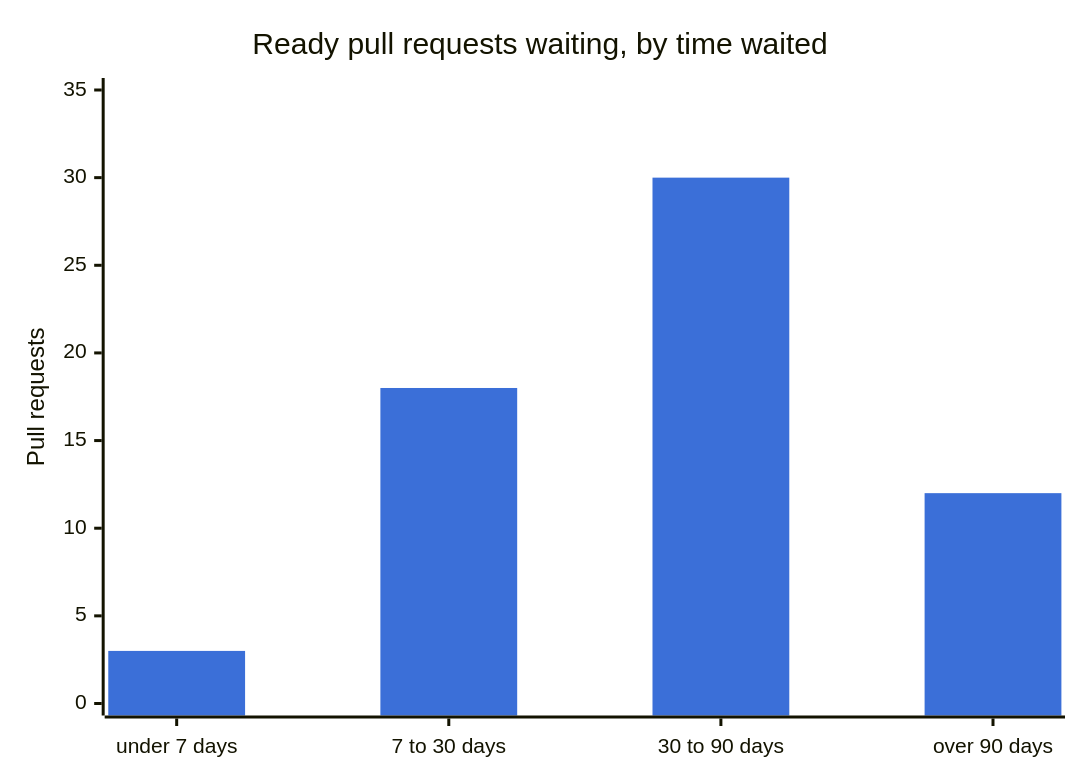
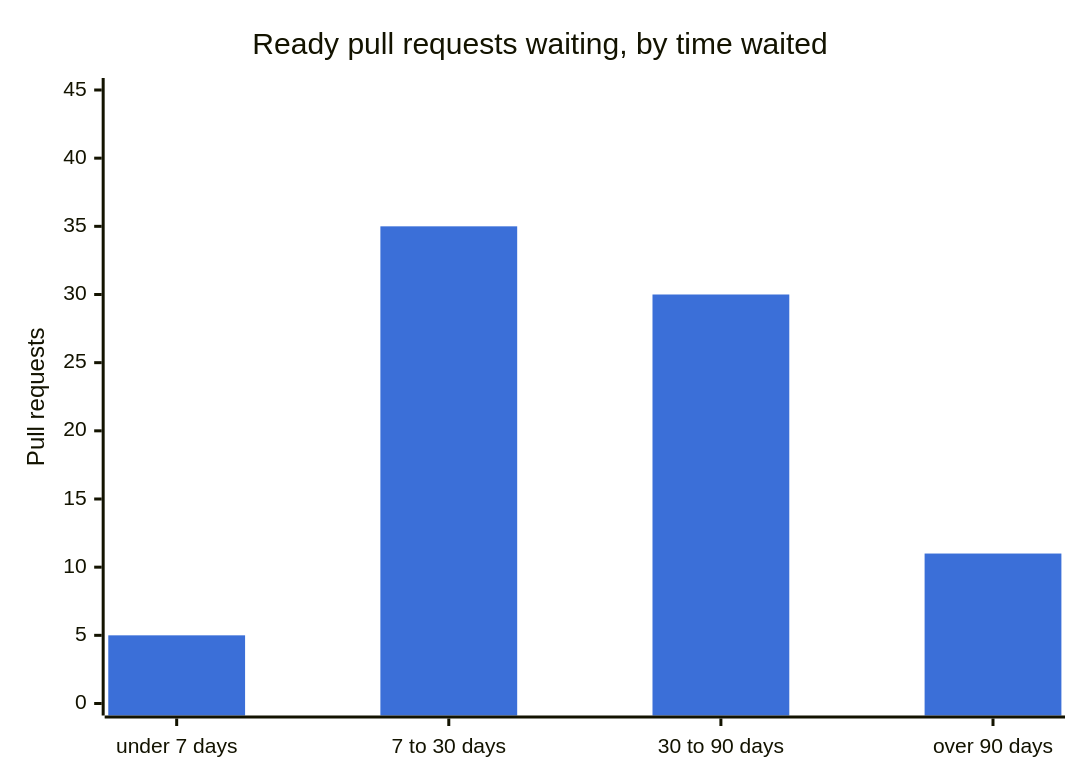
Before and after one commit to xymon-monitoring/xymon-wiki: the fifth of 5 diagrams in docs/about/project-activity.md, drawn with Mermaid. The commit also changed other lines of this file, not shown here.

````diff
--- a/docs/about/project-activity.md
+++ b/docs/about/project-activity.md
@@ -149,8 +150,8 @@
 ```mermaid
 %%{init: {"themeVariables": {"xyChart": {"plotColorPalette": "#3b6fd8, #e07b2a"}}}}%%
 xychart-beta
     title "Ready pull requests waiting, by time waited"
     x-axis ["under 7 days", "7 to 30 days", "30 to 90 days", "over 90 days"]
-    y-axis "Pull requests" 0 --> 35
-    bar [3, 18, 30, 12]
+    y-axis "Pull requests" 0 --> 45
+    bar [5, 35, 30, 11]
 ```
````
